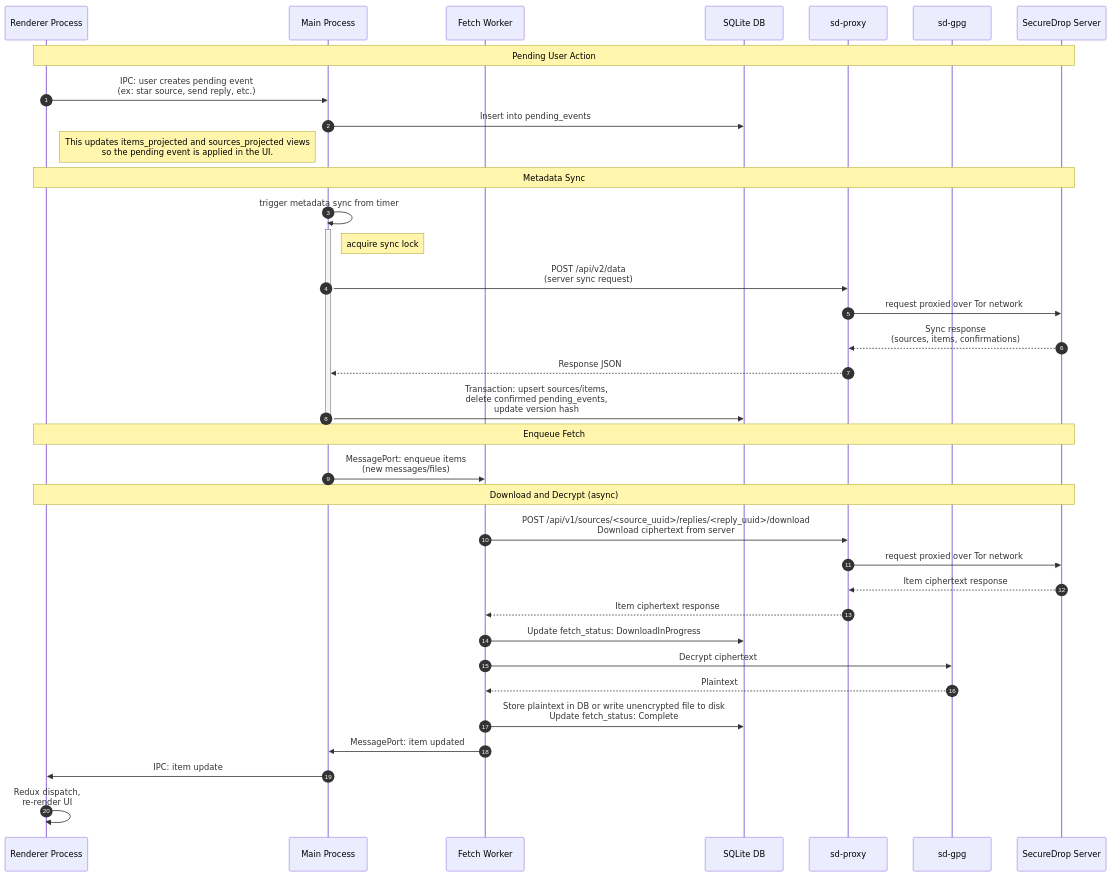
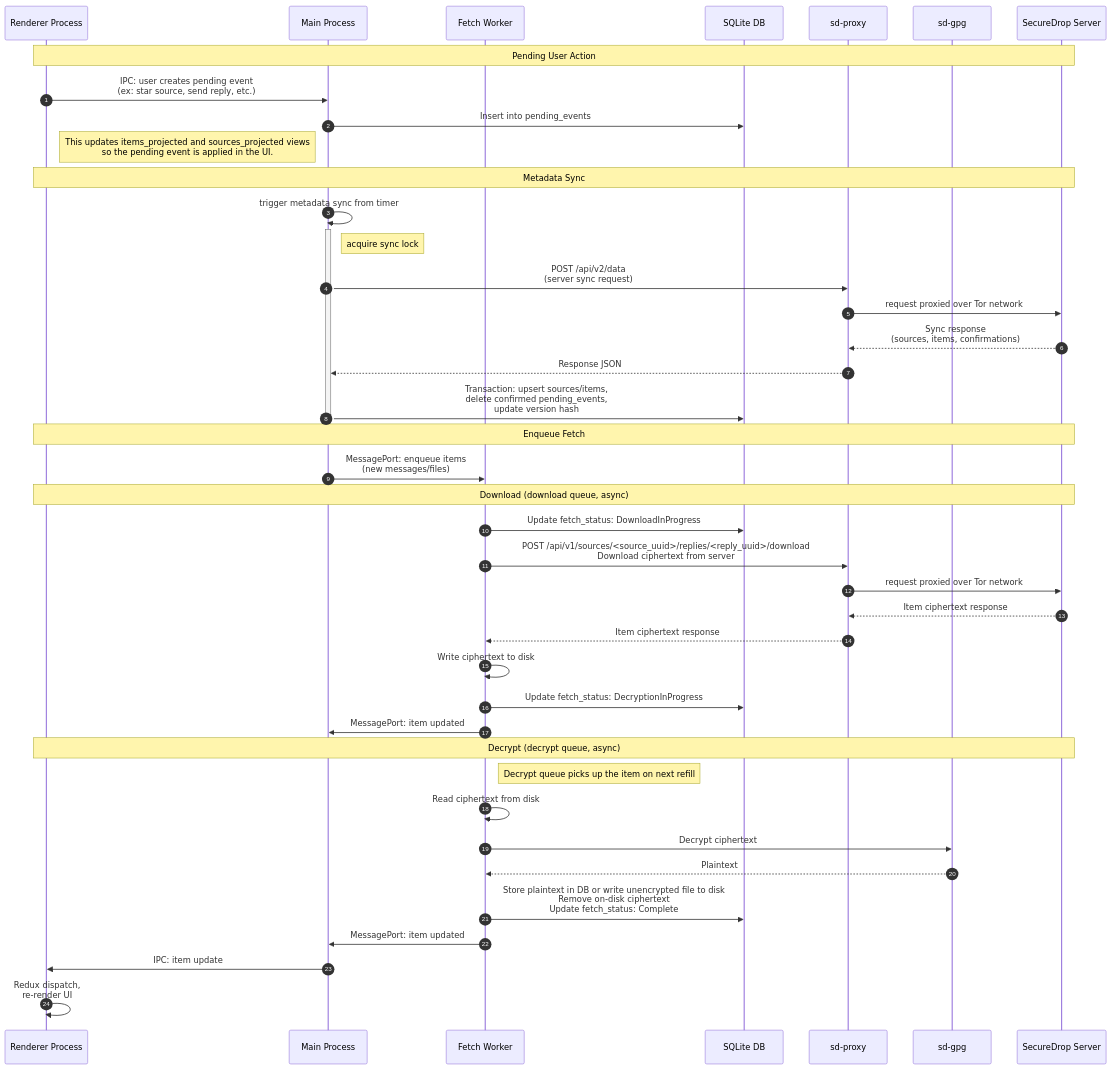
One commit to freedomofpress/securedrop-client changed the second of 4 diagrams in app/architecture.md. Above: the diagram before and after it, drawn with Mermaid. The commit also changed other lines of this file and 1 other file, not shown here.

Commit message:
review feedback: fix bug + typo, update architecture.md

````diff
--- a/app/architecture.md
+++ b/app/architecture.md
@@ -57,43 +65,50 @@
 ```mermaid
 sequenceDiagram
     autonumber
     participant R as Renderer Process
     participant M as Main Process
     participant W as Fetch Worker
     participant DB as SQLite DB
     participant P as sd-proxy
     participant G as sd-gpg
     participant S as SecureDrop Server
 
     Note over R,S: Pending User Action
     R->>M: IPC: user creates pending event<br/>(ex: star source, send reply, etc.)
     M->>DB: Insert into pending_events
     Note right of R:This updates items_projected and sources_projected views<br/> so the pending event is applied in the UI.
 
     Note over R,S: Metadata Sync
     M->>M: trigger metadata sync from timer
     activate M
     Note right of M: acquire sync lock
     M->>P: POST /api/v2/data<br/>(server sync request)
     P->>S: request proxied over Tor network
     S-->>P: Sync response<br/>(sources, items, confirmations)
     P-->>M: Response JSON
     M->>DB: Transaction: upsert sources/items,<br/>delete confirmed pending_events,<br/>update version hash
     deactivate M
 
     Note over R,S: Enqueue Fetch
     M->>W: MessagePort: enqueue items<br/>(new messages/files)
 
-    Note over R,S: Download and Decrypt (async)
+    Note over R,S: Download (download queue, async)
+    W->>DB: Update fetch_status: DownloadInProgress
     W->>P: POST /api/v1/sources/<source_uuid>/replies/<reply_uuid>/download<br/>Download ciphertext from server
     P->>S: request proxied over Tor network
     S-->>P: Item ciphertext response
     P-->>W: Item ciphertext response
-    W->>DB: Update fetch_status: DownloadInProgress
+    W->>W: Write ciphertext to disk
+    W->>DB: Update fetch_status: DecryptionInProgress
+    W->>M: MessagePort: item updated
+
+    Note over R,S: Decrypt (decrypt queue, async)
+    Note right of W: Decrypt queue picks up the item on next refill
+    W->>W: Read ciphertext from disk
     W->>G: Decrypt ciphertext
     G-->>W: Plaintext
-    W->>DB: Store plaintext in DB or write unencrypted file to disk<br/>Update fetch_status: Complete
+    W->>DB: Store plaintext in DB or write unencrypted file to disk<br/>Remove on-disk ciphertext<br/>Update fetch_status: Complete
     W->>M: MessagePort: item updated
     M->>R: IPC: item update
     R->>R: Redux dispatch,<br/>re-render UI
 ```
````
